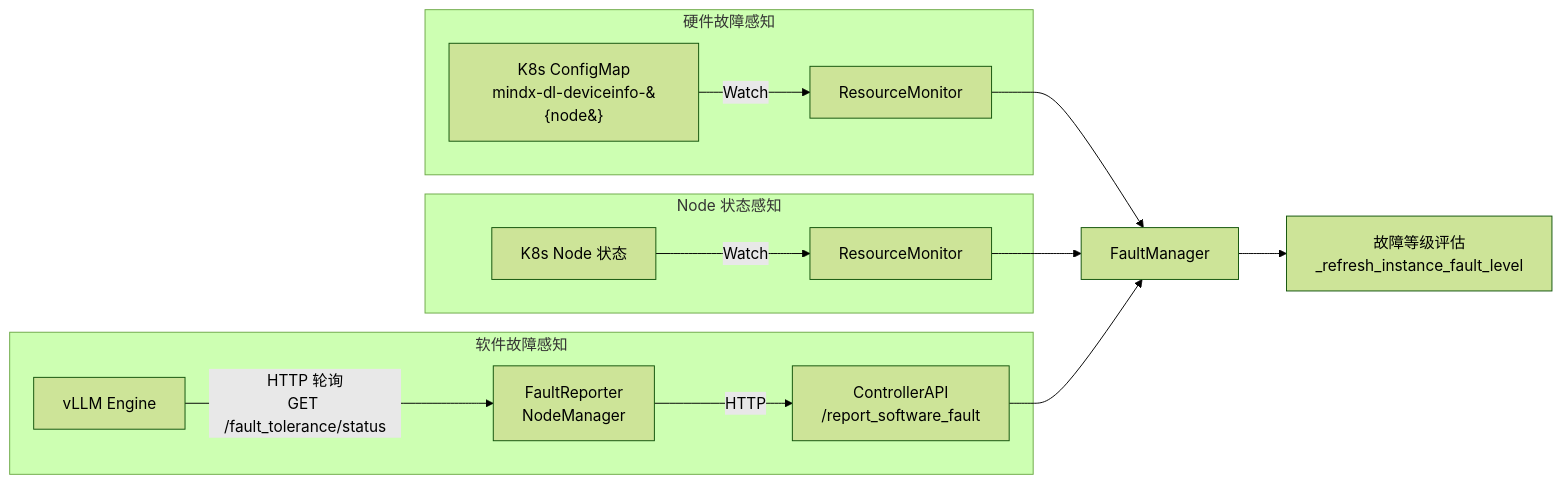
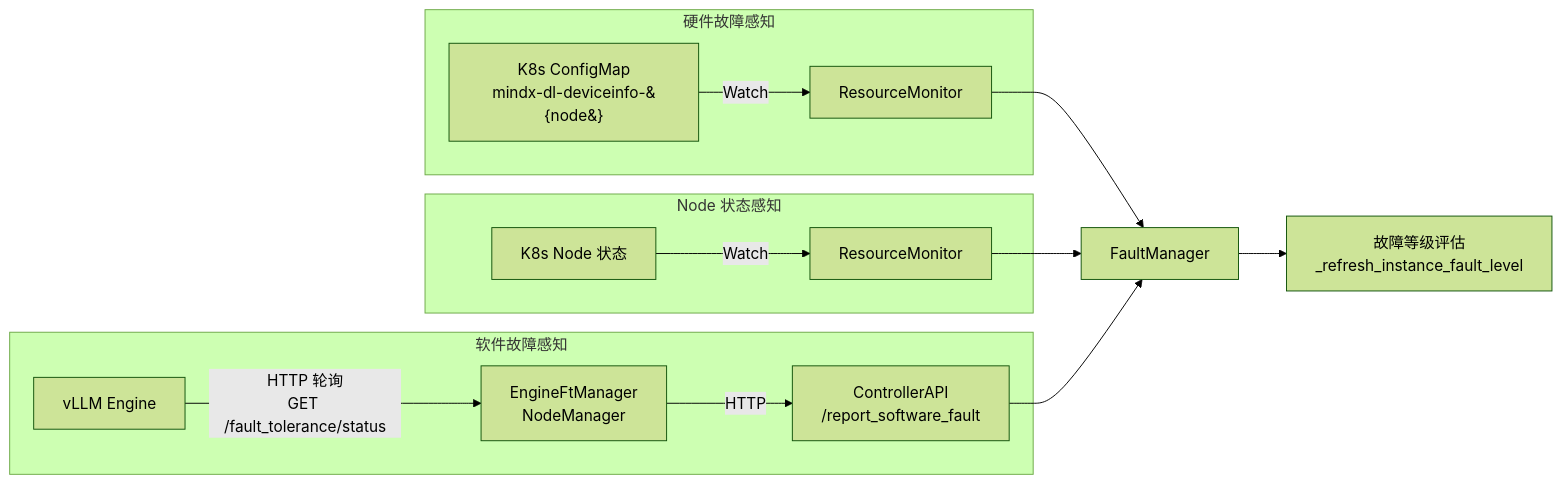
The tenth of 10 diagrams in docs/zh/developer_guide/components/controller.md (Ascend/MindIE-Motor), drawn with Mermaid (forest theme) before and after one commit. The commit also changed other lines of this file and 82 other files, not shown here.

````diff
--- a/docs/zh/developer_guide/components/controller.md
+++ b/docs/zh/developer_guide/components/controller.md
@@ -510,17 +510,17 @@
 ```mermaid
 flowchart LR
     subgraph HW[硬件故障感知]
         CM["K8s ConfigMap<br/>mindx-dl-deviceinfo-&#123;node&#125;"] -->|Watch| RM_HW[ResourceMonitor]
     end
     subgraph Node[Node 状态感知]
         K8sNode[K8s Node 状态] -->|Watch| RM_Node[ResourceMonitor]
     end
     subgraph SW[软件故障感知]
-        Engine[vLLM Engine] -->|HTTP 轮询<br/>GET /fault_tolerance/status| FR[FaultReporter<br/>NodeManager]
+        Engine[vLLM Engine] -->|HTTP 轮询<br/>GET /fault_tolerance/status| FR[EngineFtManager<br/>NodeManager]
         FR -->|HTTP| API[ControllerAPI<br/>/report_software_fault]
     end
     RM_HW --> FM[FaultManager]
     RM_Node --> FM
     API --> FM
     FM --> Eval[故障等级评估<br/>_refresh_instance_fault_level]
 ```
````
